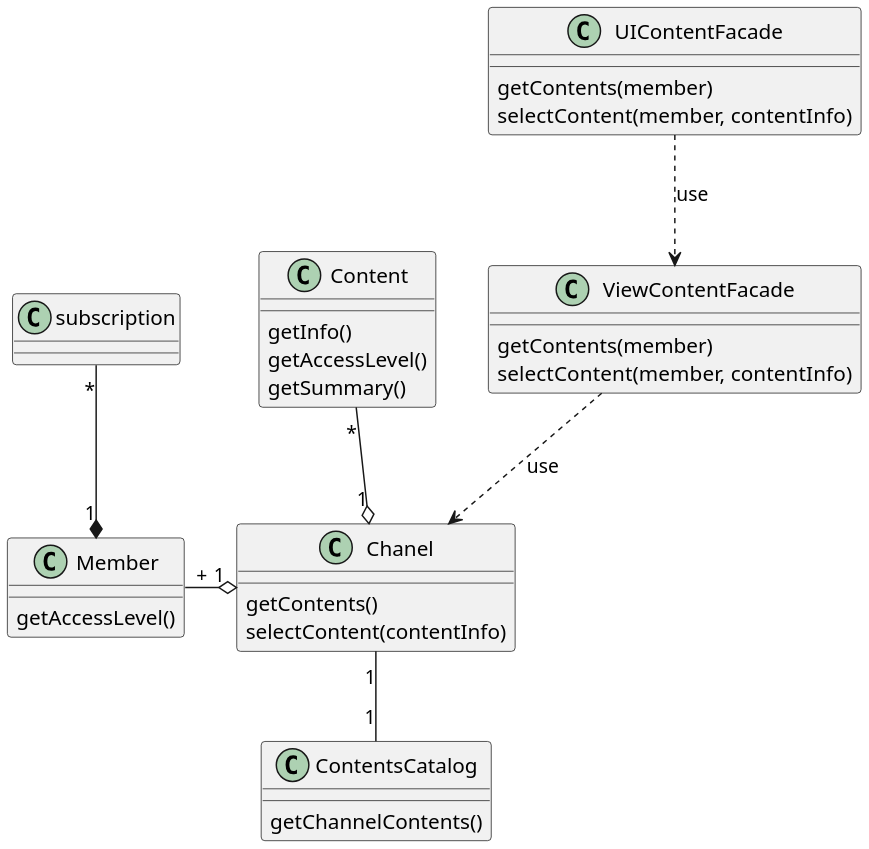
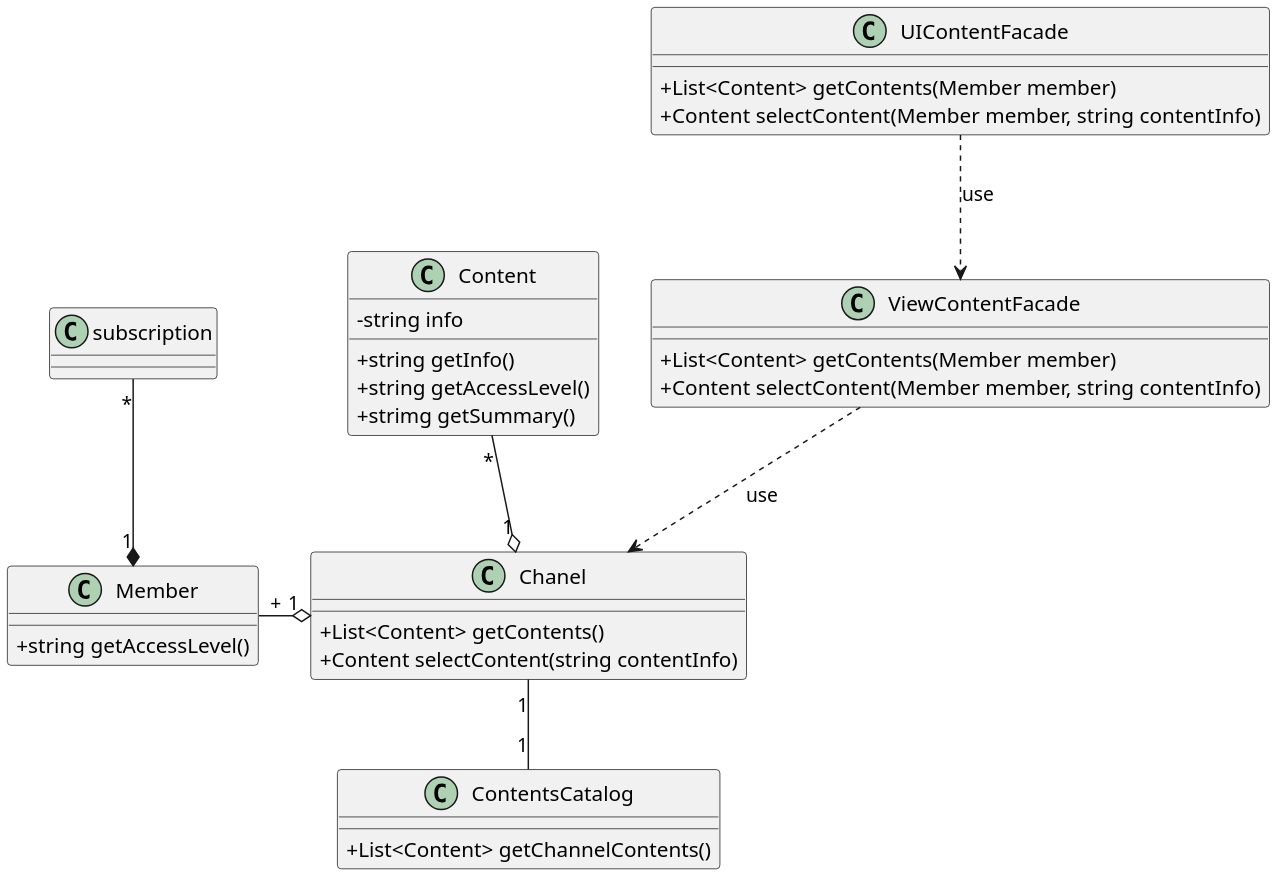
One commit to soleyman79/Qasedak changed the diagram in Diagrams/Design Class/SeeContent.puml. Above: the diagram before and after it, drawn with PlantUML.

Commit message:
SeeContent: add type and privacy

```diff
--- a/Diagrams/Design Class/SeeContent.puml
+++ b/Diagrams/Design Class/SeeContent.puml
@@ -1,44 +1,46 @@
 @startuml see_content
 
 scale 2
 skinparam DefaultFontName B Nazanin
+skinparam classAttributeIconSize 0
 
 
 class "Content" as content {
-    getInfo()
-    getAccessLevel()
-    getSummary()
+    -string info
+    +string getInfo()
+    +string getAccessLevel()
+    +strimg getSummary()
 }
 
 class "Chanel" as chanel {
-    getContents()
-    selectContent(contentInfo)
+    +List<Content> getContents()
+    +Content selectContent(string contentInfo)
 }
 
 class "Member" as member {
-    getAccessLevel()
+    +string getAccessLevel()
 }
 
 class UIContentFacade {
-    getContents(member)
-    selectContent(member, contentInfo)
+    +List<Content> getContents(Member member)
+    +Content selectContent(Member member, string contentInfo)
 }
 
 class ViewContentFacade {
-    getContents(member)
-    selectContent(member, contentInfo)
+    +List<Content> getContents(Member member)
+    +Content selectContent(Member member, string contentInfo)
 }
 
 class ContentsCatalog {
-    getChannelContents()
+    +List<Content> getChannelContents()
 }
 
 content "*" --o "1" chanel
 chanel "1" o-left- "+" member
 subscription "*" --* "1" member
 chanel "1" -- "1" ContentsCatalog
 UIContentFacade ..> ViewContentFacade :use
 ViewContentFacade ..> chanel :use
 
 
 @enduml
```
